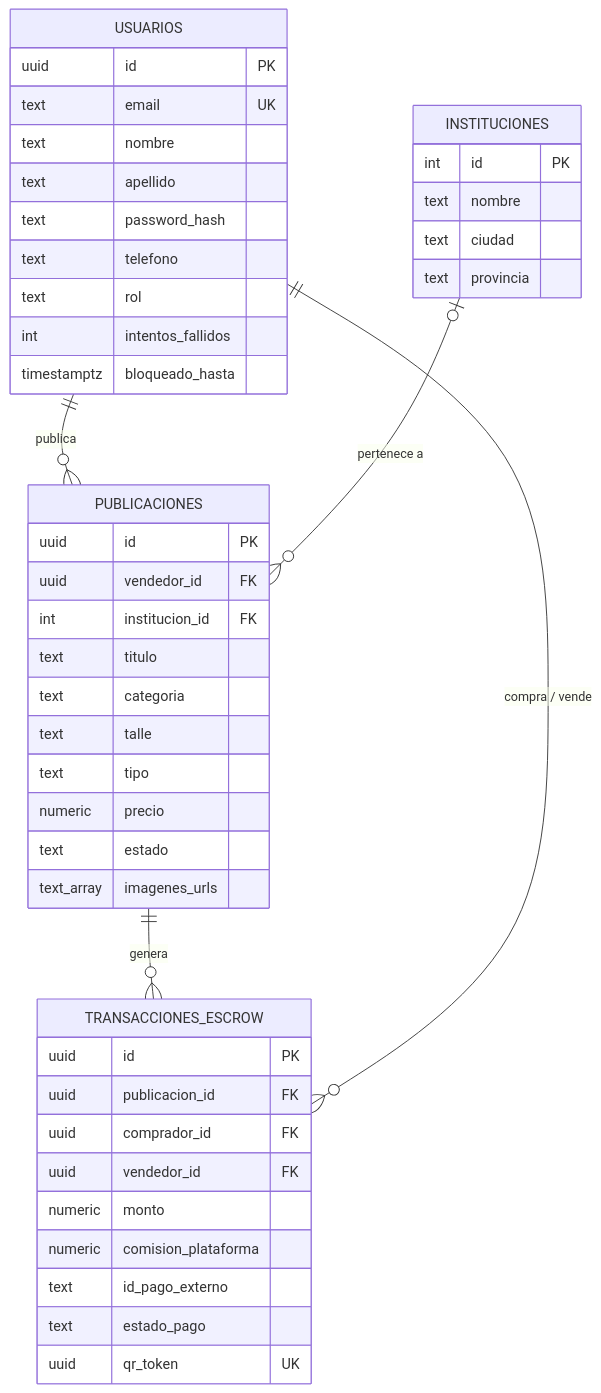
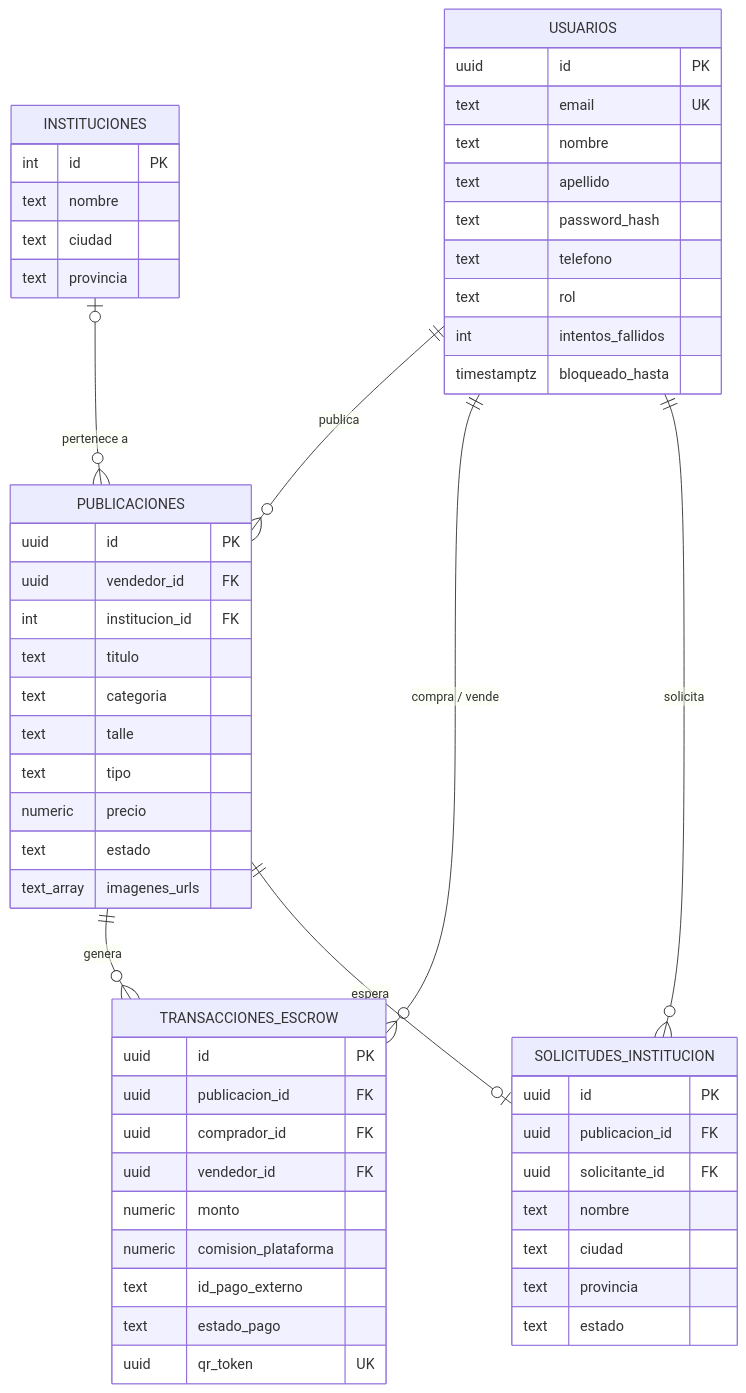
Before and after one commit to Manudeserti/CVD_ARG: the first of 2 diagrams in docs/memoria/02-modelo-de-datos.md, drawn with Mermaid. The commit also changed other lines of this file and 16 other files, not shown here.

````diff
--- a/docs/memoria/02-modelo-de-datos.md
+++ b/docs/memoria/02-modelo-de-datos.md
@@ -7,48 +7,59 @@
 ```mermaid
 erDiagram
     USUARIOS ||--o{ PUBLICACIONES : publica
     INSTITUCIONES |o--o{ PUBLICACIONES : "pertenece a"
     PUBLICACIONES ||--o{ TRANSACCIONES_ESCROW : genera
     USUARIOS ||--o{ TRANSACCIONES_ESCROW : "compra / vende"
+    PUBLICACIONES ||--o| SOLICITUDES_INSTITUCION : espera
+    USUARIOS ||--o{ SOLICITUDES_INSTITUCION : solicita
 
     USUARIOS {
         uuid id PK
         text email UK
         text nombre
         text apellido
         text password_hash
         text telefono
         text rol
         int intentos_fallidos
         timestamptz bloqueado_hasta
     }
     INSTITUCIONES {
         int id PK
         text nombre
         text ciudad
         text provincia
     }
     PUBLICACIONES {
         uuid id PK
         uuid vendedor_id FK
         int institucion_id FK
         text titulo
         text categoria
         text talle
         text tipo
         numeric precio
         text estado
         text_array imagenes_urls
     }
     TRANSACCIONES_ESCROW {
         uuid id PK
         uuid publicacion_id FK
         uuid comprador_id FK
         uuid vendedor_id FK
         numeric monto
         numeric comision_plataforma
         text id_pago_externo
         text estado_pago
         uuid qr_token UK
     }
+    SOLICITUDES_INSTITUCION {
+        uuid id PK
+        uuid publicacion_id FK
+        uuid solicitante_id FK
+        text nombre
+        text ciudad
+        text provincia
+        text estado
+    }
 ```
````
